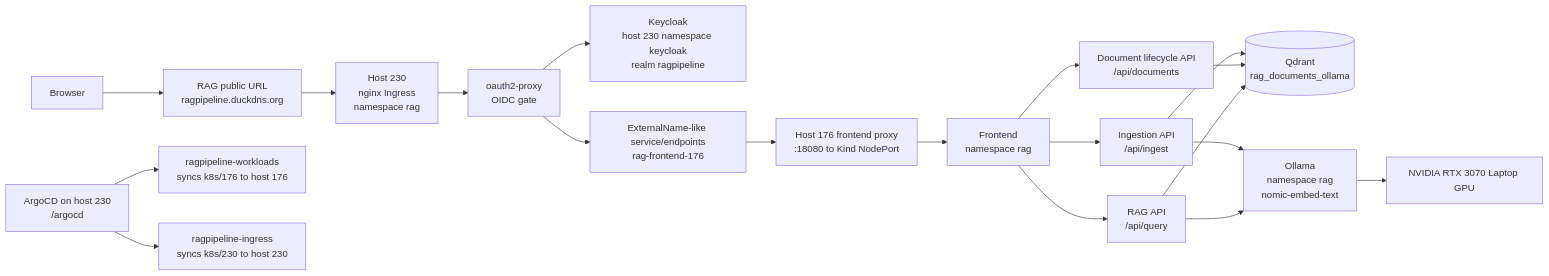
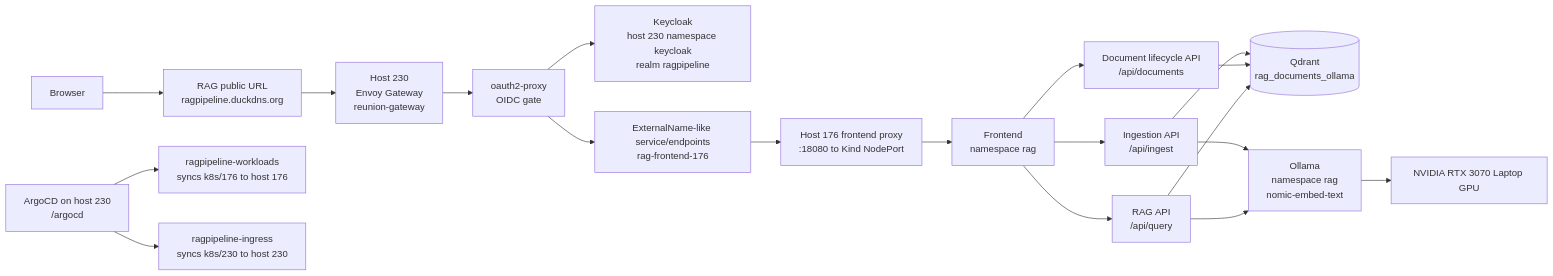
Before and after one commit to rawhideron/ragpipeline: the diagram in README.md, drawn with Mermaid. The commit also changed other lines of this file and 2 other files, not shown here.

Commit message:
docs: add tech badges and replace nginx Ingress with Envoy Gateway

````diff
--- a/README.md
+++ b/README.md
@@ -53,22 +68,22 @@
 ```mermaid
 flowchart LR
   user[Browser] --> public[RAG public URL<br/>ragpipeline.duckdns.org]
-  public --> ingress230[Host 230<br/>nginx Ingress<br/>namespace rag]
-  ingress230 --> oauth[oauth2-proxy<br/>OIDC gate]
+  public --> gateway230[Host 230<br/>Envoy Gateway<br/>reunion-gateway]
+  gateway230 --> oauth[oauth2-proxy<br/>OIDC gate]
   oauth --> keycloak[Keycloak<br/>host 230 namespace keycloak<br/>realm ragpipeline]
   oauth --> frontendSvc[ExternalName-like service/endpoints<br/>rag-frontend-176]
   frontendSvc --> proxy176[Host 176 frontend proxy<br/>:18080 to Kind NodePort]
   proxy176 --> frontend[Frontend<br/>namespace rag]
   frontend --> ingest[Ingestion API<br/>/api/ingest]
   frontend --> docs[Document lifecycle API<br/>/api/documents]
   frontend --> ragapi[RAG API<br/>/api/query]
   ingest --> qdrant[(Qdrant<br/>rag_documents_ollama)]
   docs --> qdrant
   ragapi --> qdrant
   ingest --> ollama[Ollama<br/>namespace rag<br/>nomic-embed-text]
   ragapi --> ollama
   ollama --> gpu[NVIDIA RTX 3070 Laptop GPU]
 
   argocd[ArgoCD on host 230<br/>/argocd] --> app1[ragpipeline-workloads<br/>syncs k8s/176 to host 176]
   argocd --> app2[ragpipeline-ingress<br/>syncs k8s/230 to host 230]
 ```
````
